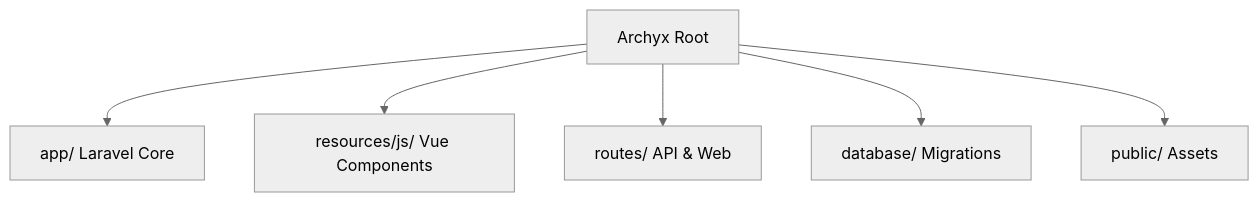
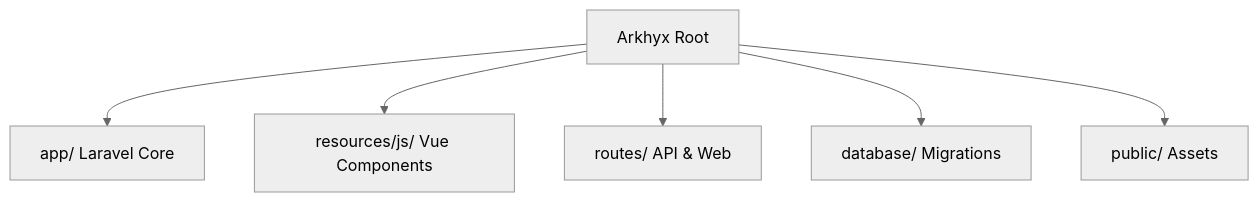
One commit to adlerdler/MooseCat-Blog changed the diagram in README.md. Above: the diagram before and after it, drawn with Mermaid (neutral theme). The commit also changed other lines of this file and 39 other files, not shown here.

````diff
--- a/README.md
+++ b/README.md
@@ -73,8 +73,8 @@
 ```mermaid
 graph TD
-    A[Archyx Root] --> B[app/ Laravel Core]
+    A[Arkhyx Root] --> B[app/ Laravel Core]
     A --> C[resources/js/ Vue Components]
     A --> D[routes/ API & Web]
     A --> E[database/ Migrations]
     A --> F[public/ Assets]
 ```
````
